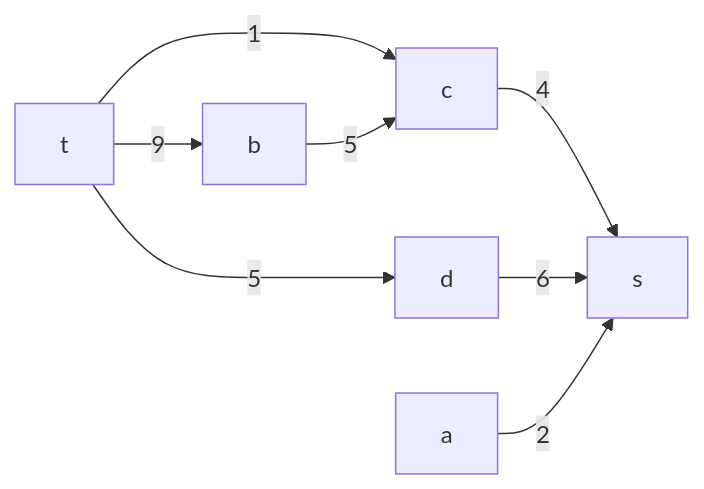
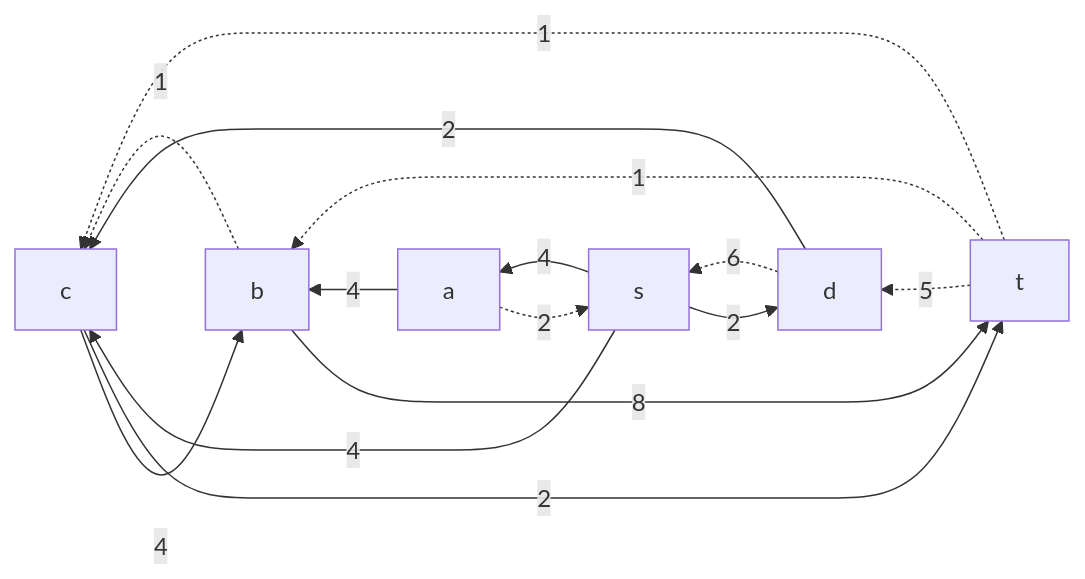
One commit to hse-algo-24-owl/manual-tasks-owl changed the seventh of 11 diagrams in task-9/catsVSalgos_V2.md. Above: the diagram before and after it, drawn with Mermaid. The commit also changed other lines of this file, not shown here.

````diff
--- a/task-9/catsVSalgos_V2.md
+++ b/task-9/catsVSalgos_V2.md
@@ -100,10 +133,20 @@
 ```mermaid
-graph LR
-    t-->|9|b
-    t-->|1|c
-    t-->|5|d
-    b-->|5|c
-    c-->|4|s
-    d-->|6|s
-    a-->|2|s
+graph RL
+    t-.->|1|b
+    t-.->|1|c
+    t-.->|5|d
+    b-.->|1|c
+    d-.->|6|s
+    a-.->|2|s
+
+    s-->|2|d
+    d-->|2|c
+    c-->|2|t
+
+    s-->|4|a
+    a-->|4|b
+    b-->|8|t
+
+    s-->|4|c
+    c-->|4|b
 ```
````
